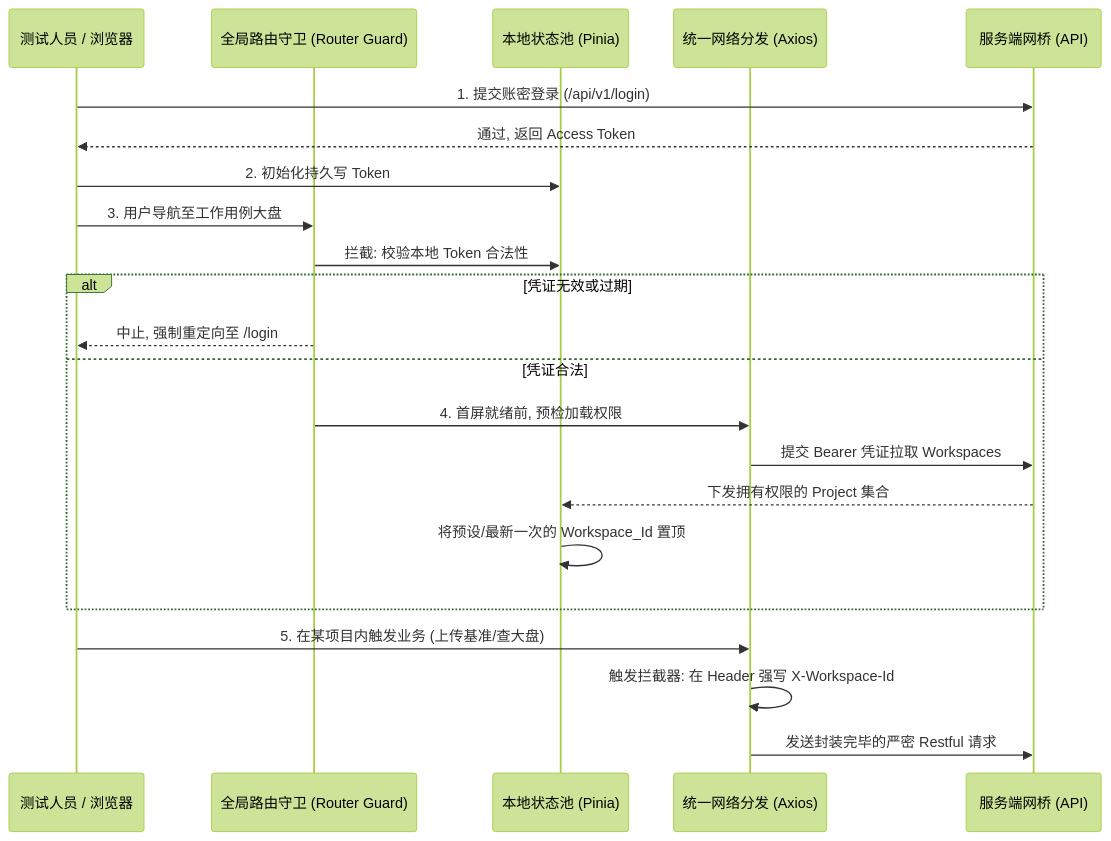
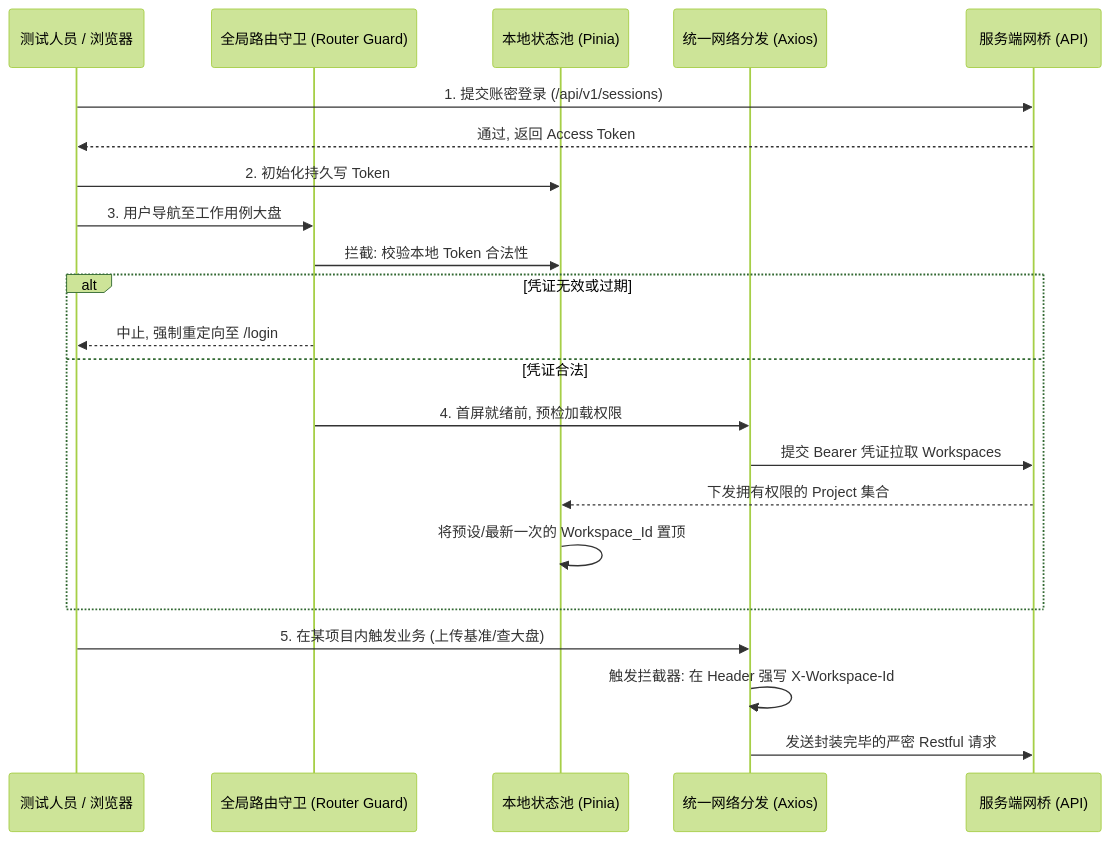
The second of 3 diagrams in doc/frontend/前端技术架构设计文档.md (xiaolin0429/VisionAutoTest), drawn with Mermaid (forest theme) before and after one commit. The commit also changed other lines of this file and 16 other files, not shown here.

````diff
--- a/doc/frontend/前端技术架构设计文档.md
+++ b/doc/frontend/前端技术架构设计文档.md
@@ -65,27 +65,27 @@
 ```mermaid
 sequenceDiagram
     participant User as 测试人员 / 浏览器
     participant VueRouter as 全局路由守卫 (Router Guard)
     participant Pinia as 本地状态池 (Pinia)
     participant Axios as 统一网络分发 (Axios)
     participant Backend as 服务端网桥 (API)
 
-    User->>Backend: 1. 提交账密登录 (/api/v1/login)
+    User->>Backend: 1. 提交账密登录 (/api/v1/sessions)
     Backend-->>User: 通过, 返回 Access Token
     User->>Pinia: 2. 初始化持久写 Token
     
     User->>VueRouter: 3. 用户导航至工作用例大盘
     VueRouter->>Pinia: 拦截: 校验本地 Token 合法性
     alt 凭证无效或过期
         VueRouter-->>User: 中止, 强制重定向至 /login
     else 凭证合法
         VueRouter->>Axios: 4. 首屏就绪前, 预检加载权限
         Axios->>Backend: 提交 Bearer 凭证拉取 Workspaces
         Backend-->>Pinia: 下发拥有权限的 Project 集合
         Pinia->>Pinia: 将预设/最新一次的 Workspace_Id 置顶
     end
     
     User->>Axios: 5. 在某项目内触发业务 (上传基准/查大盘)
     Axios->>Axios: 触发拦截器: 在 Header 强写 X-Workspace-Id
     Axios->>Backend: 发送封装完毕的严密 Restful 请求
 ```
````
